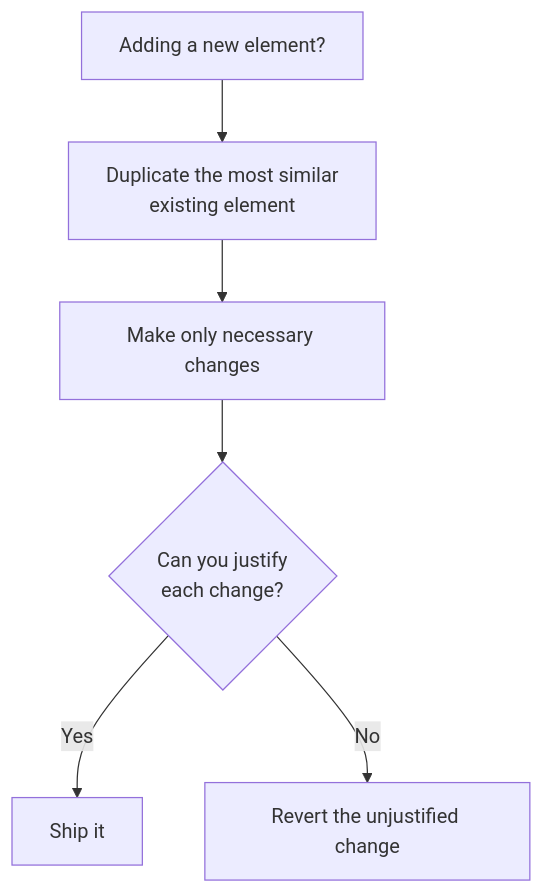
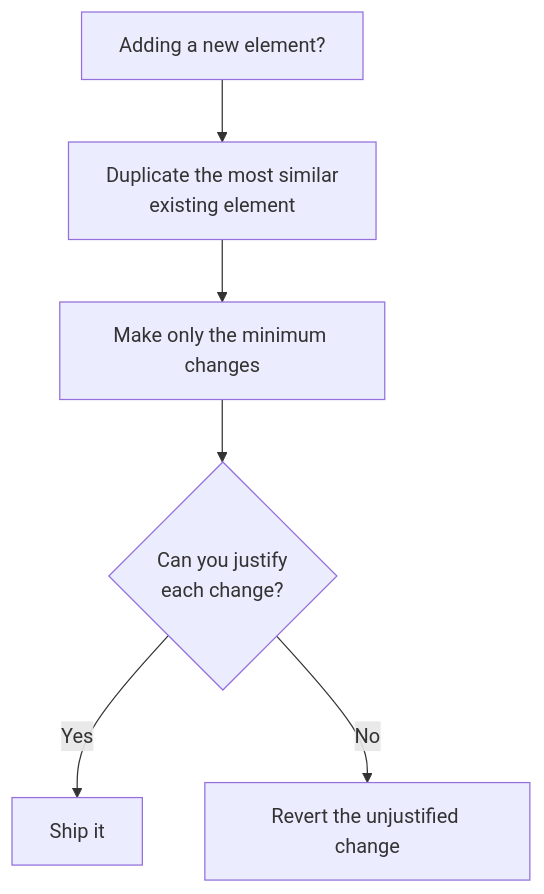
One commit to lephuthuc2001/learn-ui-design changed the second of 2 diagrams in 02-fundamentals-of-ui-design/04-consistency/04-consistency.md. Above: the diagram before and after it, drawn with Mermaid. The commit also changed other lines of this file and 5 other files, not shown here.

````diff
--- a/02-fundamentals-of-ui-design/04-consistency/04-consistency.md
+++ b/02-fundamentals-of-ui-design/04-consistency/04-consistency.md
@@ -212,8 +160,8 @@
 ```mermaid
 graph TD
     A["Adding a new element?"] --> B["Duplicate the most similar<br/>existing element"]
-    B --> C["Make only necessary changes"]
+    B --> C["Make only the minimum changes"]
     C --> D{"Can you justify<br/>each change?"}
     D -- Yes --> E["Ship it"]
     D -- No --> F["Revert the unjustified change"]
 ```
````
